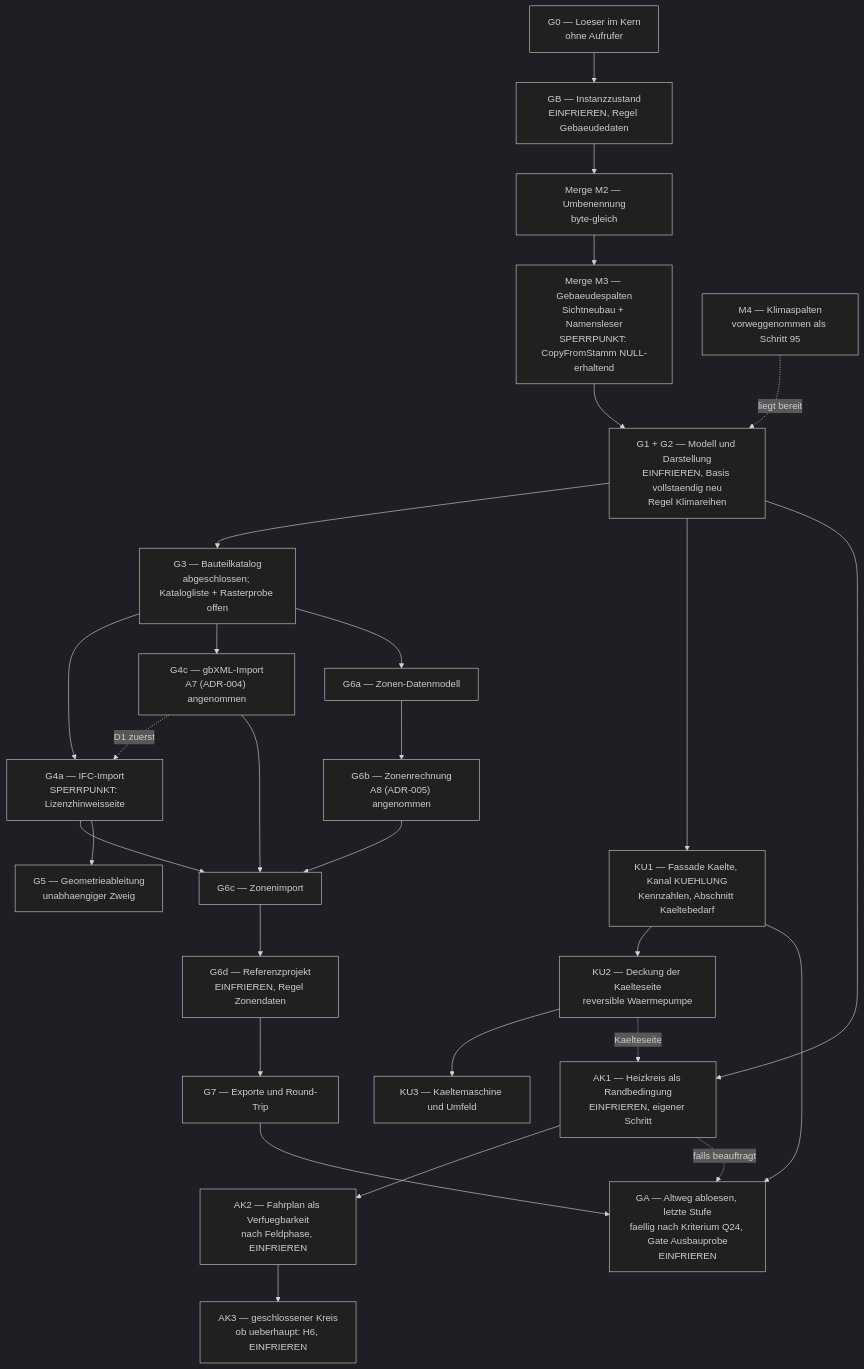
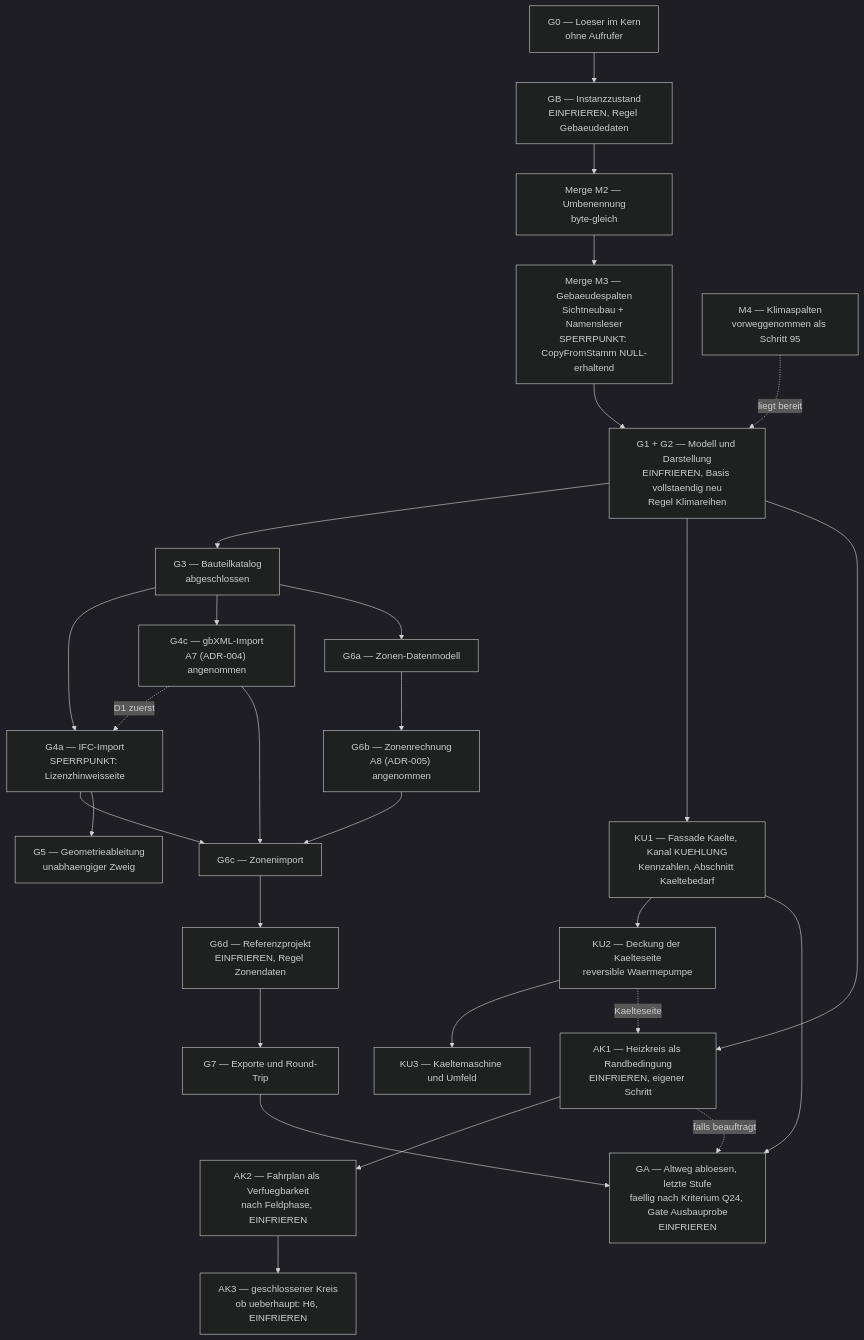
One commit to inekon/EPOS-Plan changed diagram 16 of 16 in Dokumentation/aktuell/Softwarearchitektur_Gebaeudesimulation_EPOS-Plan.md. Above: the diagram before and after it, drawn with Mermaid (dark theme). The commit also changed other lines of this file and 3 other files, not shown here.

First line of the commit message:
Papiere G3 Welle K: Katalogliste im Gebaeudedialog, Rasterprobe GD1-GD3

````diff
--- a/Dokumentation/aktuell/Softwarearchitektur_Gebaeudesimulation_EPOS-Plan.md
+++ b/Dokumentation/aktuell/Softwarearchitektur_Gebaeudesimulation_EPOS-Plan.md
@@ -2261,30 +2261,30 @@
 ```mermaid
 flowchart TB
   G0["G0 — Loeser im Kern<br/>ohne Aufrufer"] --> GB["GB — Instanzzustand<br/>EINFRIEREN, Regel Gebaeudedaten"]
   GB --> M2["Merge M2 — Umbenennung<br/>byte-gleich"]
   M2 --> M3["Merge M3 — Gebaeudespalten<br/>Sichtneubau + Namensleser<br/>SPERRPUNKT: CopyFromStamm NULL-erhaltend"]
   M3 --> G12["G1 + G2 — Modell und Darstellung<br/>EINFRIEREN, Basis vollstaendig neu<br/>Regel Klimareihen"]
   M4["M4 — Klimaspalten<br/>vorweggenommen als Schritt 95"] -.->|liegt bereit| G12
-  G12 --> G3["G3 — Bauteilkatalog<br/>abgeschlossen; Katalogliste + Rasterprobe offen"]
+  G12 --> G3["G3 — Bauteilkatalog<br/>abgeschlossen"]
   G3 --> G4A["G4a — IFC-Import<br/>SPERRPUNKT: Lizenzhinweisseite"]
   G3 --> G4C["G4c — gbXML-Import<br/>A7 (ADR-004) angenommen"]
   G4C -.->|D1 zuerst| G4A
   G3 --> G6A["G6a — Zonen-Datenmodell"]
   G4A --> G6C
   G4C --> G6C
   G6A --> G6B["G6b — Zonenrechnung<br/>A8 (ADR-005) angenommen"]
   G6B --> G6C["G6c — Zonenimport"]
   G6C --> G6D["G6d — Referenzprojekt<br/>EINFRIEREN, Regel Zonendaten"]
   G6D --> G7["G7 — Exporte und Round-Trip"]
   G4A --> G5["G5 — Geometrieableitung<br/>unabhaengiger Zweig"]
   G12 --> KU1["KU1 — Fassade Kaelte, Kanal KUEHLUNG<br/>Kennzahlen, Abschnitt Kaeltebedarf"]
   KU1 --> KU2["KU2 — Deckung der Kaelteseite<br/>reversible Waermepumpe"]
   KU2 --> KU3["KU3 — Kaeltemaschine und Umfeld"]
   G12 --> AK1["AK1 — Heizkreis als Randbedingung<br/>EINFRIEREN, eigener Schritt"]
   KU2 -.->|Kaelteseite| AK1
   AK1 --> AK2["AK2 — Fahrplan als Verfuegbarkeit<br/>nach Feldphase, EINFRIEREN"]
   AK2 --> AK3["AK3 — geschlossener Kreis<br/>ob ueberhaupt: H6, EINFRIEREN"]
   G7 --> GA["GA — Altweg abloesen, letzte Stufe<br/>faellig nach Kriterium Q24, Gate Ausbauprobe<br/>EINFRIEREN"]
   KU1 --> GA
   AK1 -.->|falls beauftragt| GA
 ```
````
